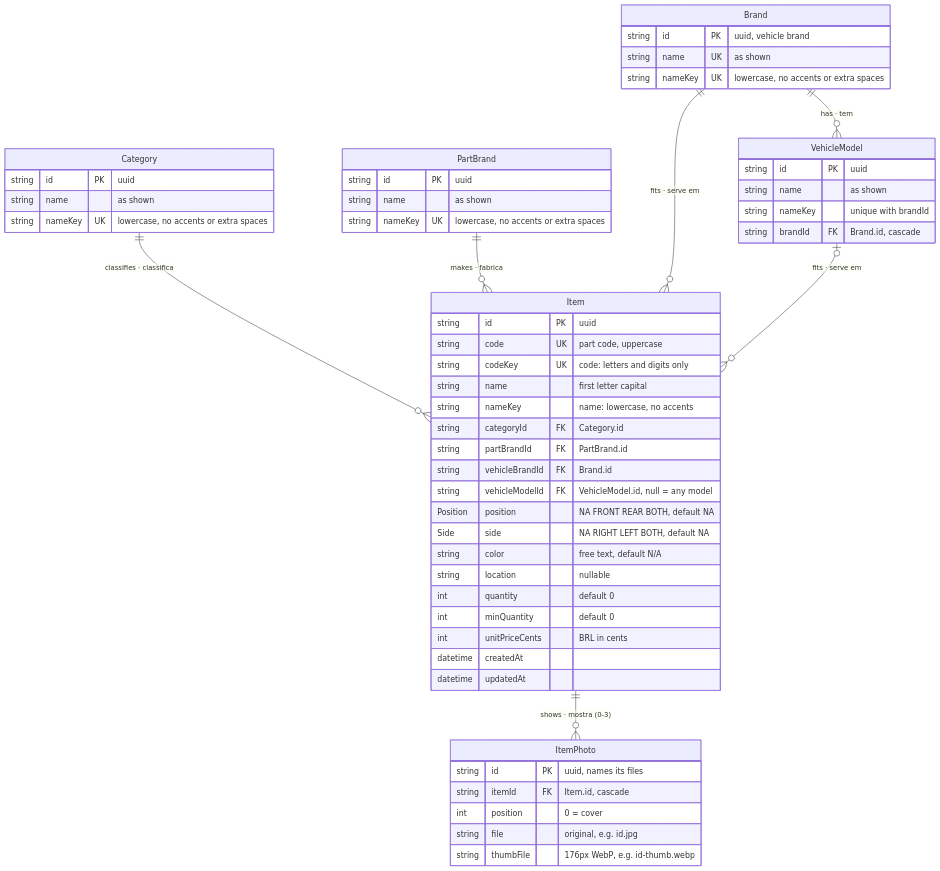
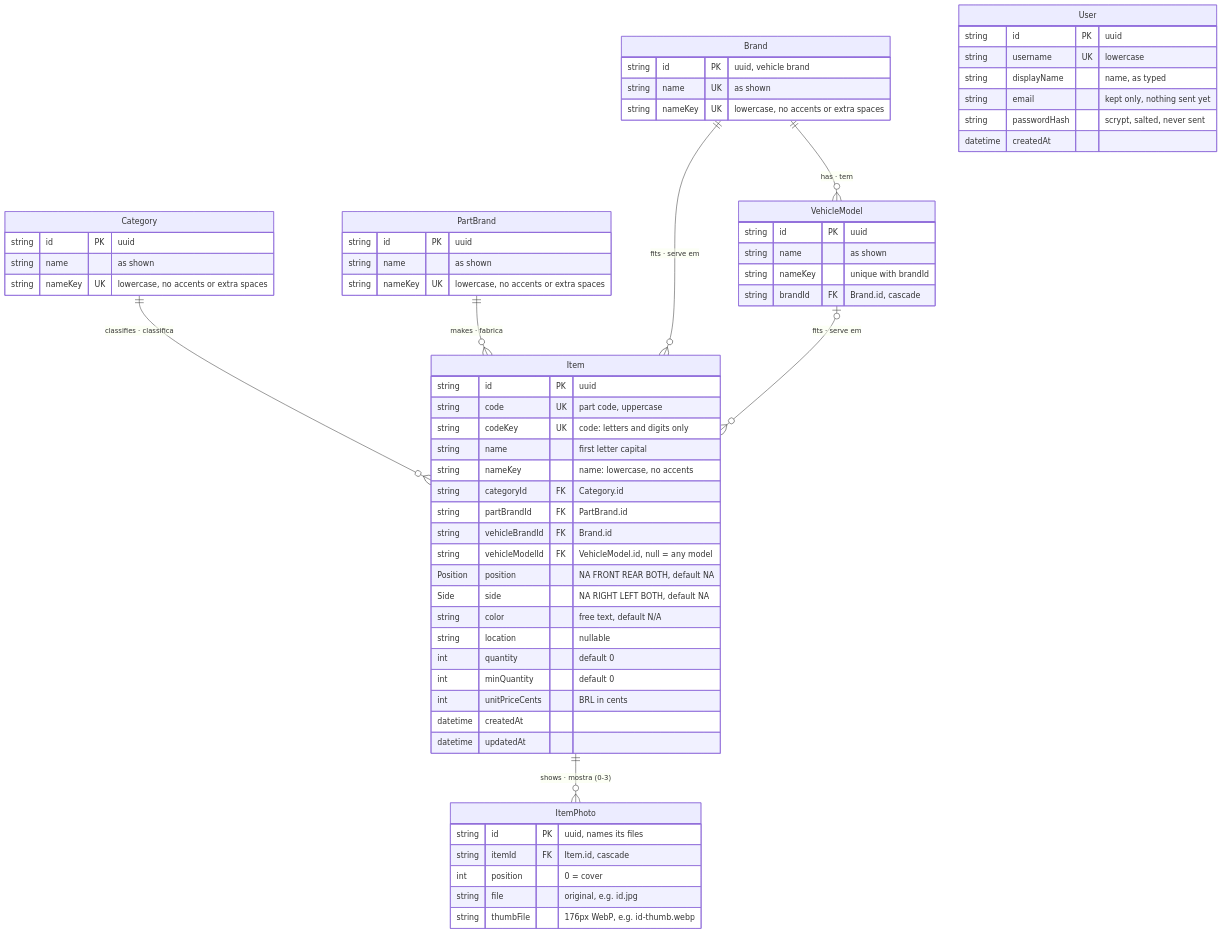
The diagram in docs/database.md (ChrisCamilo/apc-universal-repair), drawn with Mermaid before and after one commit. The commit also changed other lines of this file, not shown here.

````diff
--- a/docs/database.md
+++ b/docs/database.md
@@ -11,58 +11,66 @@
 ```mermaid
 erDiagram
     Category ||--o{ Item : "classifies · classifica"
     PartBrand ||--o{ Item : "makes · fabrica"
     Brand ||--o{ Item : "fits · serve em"
     Brand ||--o{ VehicleModel : "has · tem"
     VehicleModel |o--o{ Item : "fits · serve em"
     Item ||--o{ ItemPhoto : "shows · mostra (0-3)"
 
     Item {
         string id PK "uuid"
         string code UK "part code, uppercase"
         string codeKey UK "code: letters and digits only"
         string name "first letter capital"
         string nameKey "name: lowercase, no accents"
         string categoryId FK "Category.id"
         string partBrandId FK "PartBrand.id"
         string vehicleBrandId FK "Brand.id"
         string vehicleModelId FK "VehicleModel.id, null = any model"
         Position position "NA FRONT REAR BOTH, default NA"
         Side side "NA RIGHT LEFT BOTH, default NA"
         string color "free text, default N/A"
         string location "nullable"
         int quantity "default 0"
         int minQuantity "default 0"
         int unitPriceCents "BRL in cents"
         datetime createdAt
         datetime updatedAt
     }
     ItemPhoto {
         string id PK "uuid, names its files"
         string itemId FK "Item.id, cascade"
         int position "0 = cover"
         string file "original, e.g. id.jpg"
         string thumbFile "176px WebP, e.g. id-thumb.webp"
     }
     Category {
         string id PK "uuid"
         string name "as shown"
         string nameKey UK "lowercase, no accents or extra spaces"
     }
     PartBrand {
         string id PK "uuid"
         string name "as shown"
         string nameKey UK "lowercase, no accents or extra spaces"
     }
     Brand {
         string id PK "uuid, vehicle brand"
         string name UK "as shown"
         string nameKey UK "lowercase, no accents or extra spaces"
     }
     VehicleModel {
         string id PK "uuid"
         string name "as shown"
         string nameKey "unique with brandId"
         string brandId FK "Brand.id, cascade"
     }
+    User {
+        string id PK "uuid"
+        string username UK "lowercase"
+        string displayName "name, as typed"
+        string email "kept only, nothing sent yet"
+        string passwordHash "scrypt, salted, never sent"
+        datetime createdAt
+    }
 ```
````
